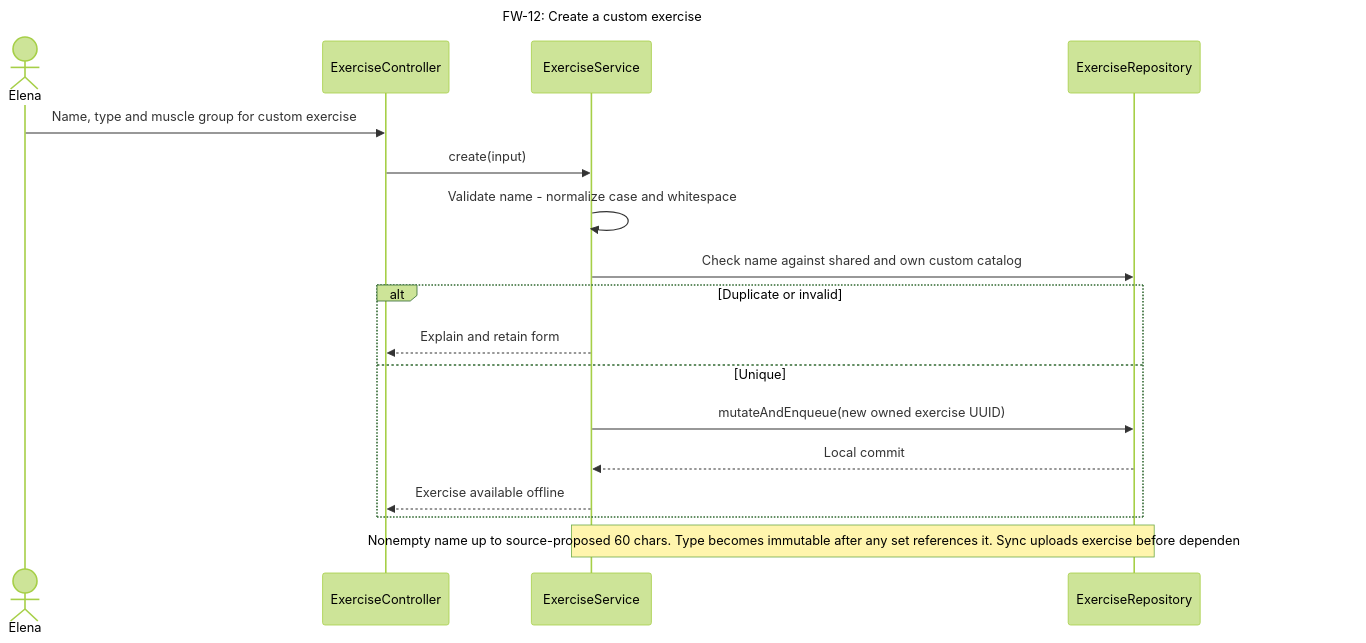
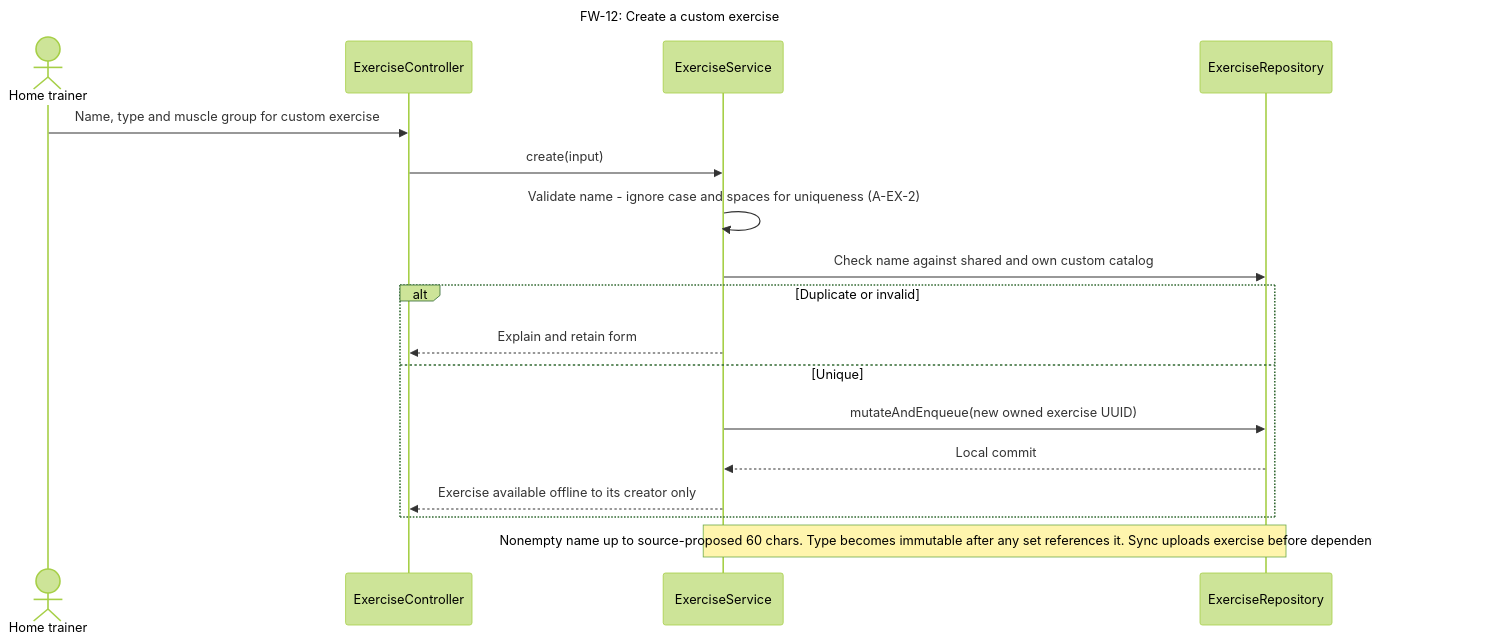
One commit to SebasLopez2005/SWEProject1 changed diagram 23 of 42 in docs/part2/design/README.md. Above: the diagram before and after it, drawn with Mermaid (forest theme). The commit also changed other lines of this file and 43 other files, not shown here.

Commit message:
Align fitness diagrams with revised professor-reviewed report

````diff
--- a/docs/part2/design/README.md
+++ b/docs/part2/design/README.md
@@ -1309,20 +1311,20 @@
 ```mermaid
 sequenceDiagram
     title FW-12: Create a custom exercise
-    actor U as Elena
+    actor U as Home trainer
     participant C as ExerciseController
     participant S as ExerciseService
     participant R as ExerciseRepository
     U->>C: Name, type and muscle group for custom exercise
     C->>S: create(input)
-    S->>S: Validate name -  normalize case and whitespace
+    S->>S: Validate name -  ignore case and spaces for uniqueness (A-EX-2)
     S->>R: Check name against shared and own custom catalog
     alt Duplicate or invalid
      S-->>C: Explain and retain form
     else Unique
      S->>R: mutateAndEnqueue(new owned exercise UUID)
      R-->>S: Local commit
-     S-->>C: Exercise available offline
+     S-->>C: Exercise available offline to its creator only
     end
     Note over S,R: Nonempty name up to source-proposed 60 chars. Type becomes immutable after any set references it. Sync uploads exercise before dependent workout/template.
 ```
````
